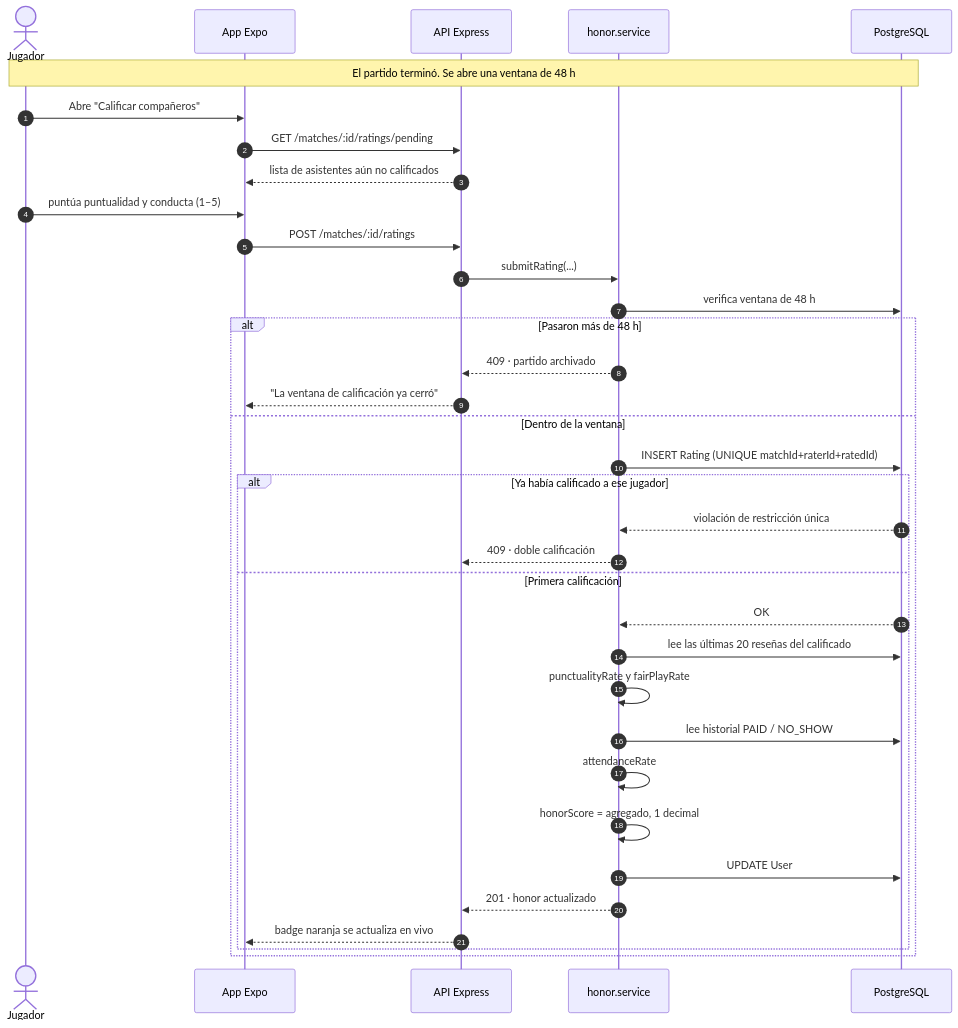
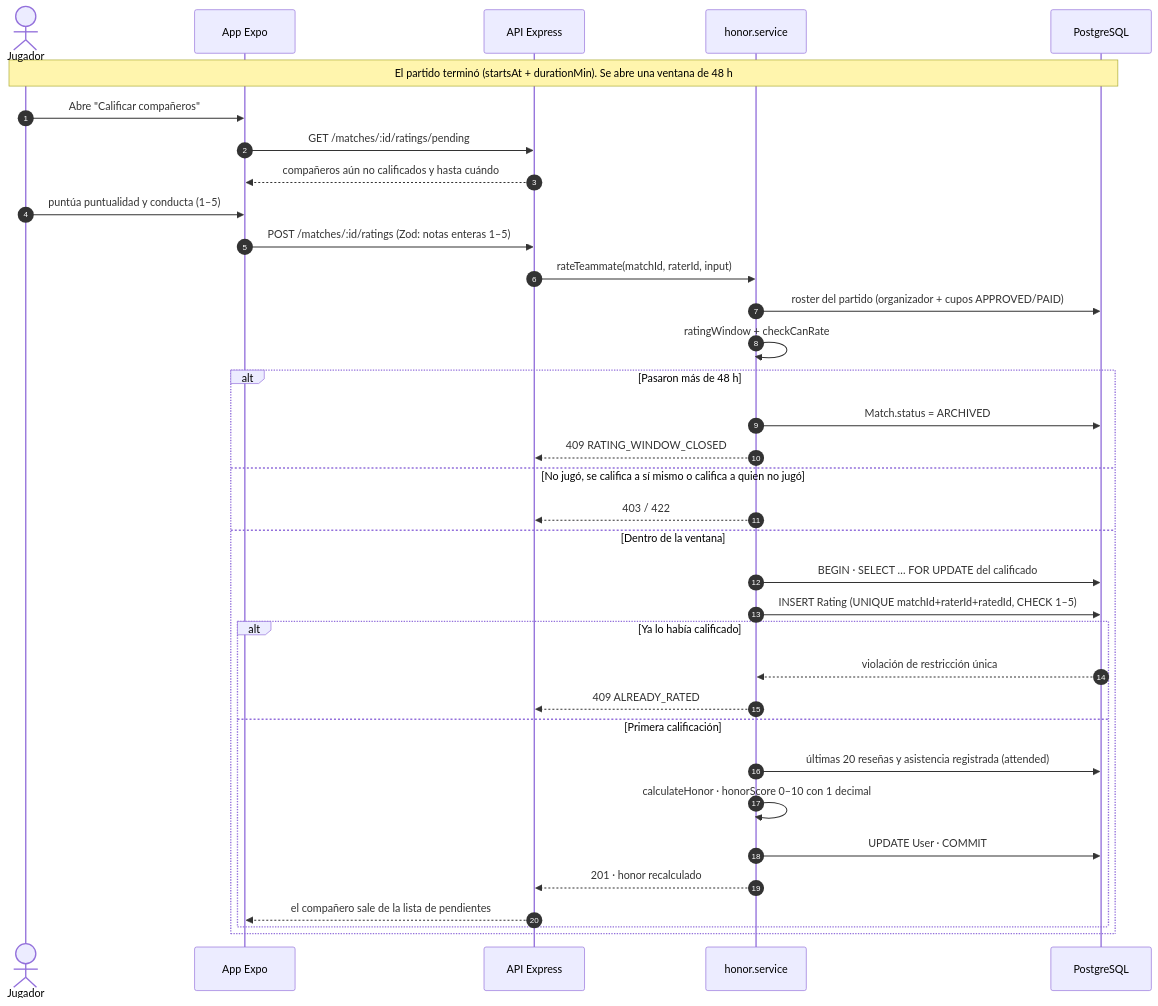
Before and after one commit to avenaaaa/KANCHA: the diagram in fase-2-desarrollo/docs/diagramas/secuencia-honor.mmd, drawn with Mermaid. The commit also changed 37 other files, not shown here.

```diff
--- a/fase-2-desarrollo/docs/diagramas/secuencia-honor.mmd
+++ b/fase-2-desarrollo/docs/diagramas/secuencia-honor.mmd
@@ -1,39 +1,39 @@
 sequenceDiagram
     autonumber
     actor J as Jugador
     participant APP as App Expo
     participant API as API Express
     participant HON as honor.service
     participant DB as PostgreSQL
 
-    Note over J,DB: El partido terminó. Se abre una ventana de 48 h
+    Note over J,DB: El partido terminó (startsAt + durationMin). Se abre una ventana de 48 h
 
     J->>APP: Abre "Calificar compañeros"
     APP->>API: GET /matches/:id/ratings/pending
-    API-->>APP: lista de asistentes aún no calificados
+    API-->>APP: compañeros aún no calificados y hasta cuándo
     J->>APP: puntúa puntualidad y conducta (1–5)
-    APP->>API: POST /matches/:id/ratings
+    APP->>API: POST /matches/:id/ratings (Zod: notas enteras 1–5)
 
-    API->>HON: submitRating(...)
-    HON->>DB: verifica ventana de 48 h
+    API->>HON: rateTeammate(matchId, raterId, input)
+    HON->>DB: roster del partido (organizador + cupos APPROVED/PAID)
+    HON->>HON: ratingWindow + checkCanRate
 
     alt Pasaron más de 48 h
-        HON-->>API: 409 · partido archivado
-        API-->>APP: "La ventana de calificación ya cerró"
+        HON->>DB: Match.status = ARCHIVED
+        HON-->>API: 409 RATING_WINDOW_CLOSED
+    else No jugó, se califica a sí mismo o califica a quien no jugó
+        HON-->>API: 403 / 422
     else Dentro de la ventana
-        HON->>DB: INSERT Rating (UNIQUE matchId+raterId+ratedId)
-        alt Ya había calificado a ese jugador
+        HON->>DB: BEGIN · SELECT … FOR UPDATE del calificado
+        HON->>DB: INSERT Rating (UNIQUE matchId+raterId+ratedId, CHECK 1–5)
+        alt Ya lo había calificado
             DB-->>HON: violación de restricción única
-            HON-->>API: 409 · doble calificación
+            HON-->>API: 409 ALREADY_RATED
         else Primera calificación
-            DB-->>HON: OK
-            HON->>DB: lee las últimas 20 reseñas del calificado
-            HON->>HON: punctualityRate y fairPlayRate
-            HON->>DB: lee historial PAID / NO_SHOW
-            HON->>HON: attendanceRate
-            HON->>HON: honorScore = agregado, 1 decimal
-            HON->>DB: UPDATE User
-            HON-->>API: 201 · honor actualizado
-            API-->>APP: badge naranja se actualiza en vivo
+            HON->>DB: últimas 20 reseñas y asistencia registrada (attended)
+            HON->>HON: calculateHonor · honorScore 0–10 con 1 decimal
+            HON->>DB: UPDATE User · COMMIT
+            HON-->>API: 201 · honor recalculado
+            API-->>APP: el compañero sale de la lista de pendientes
         end
     end
```
